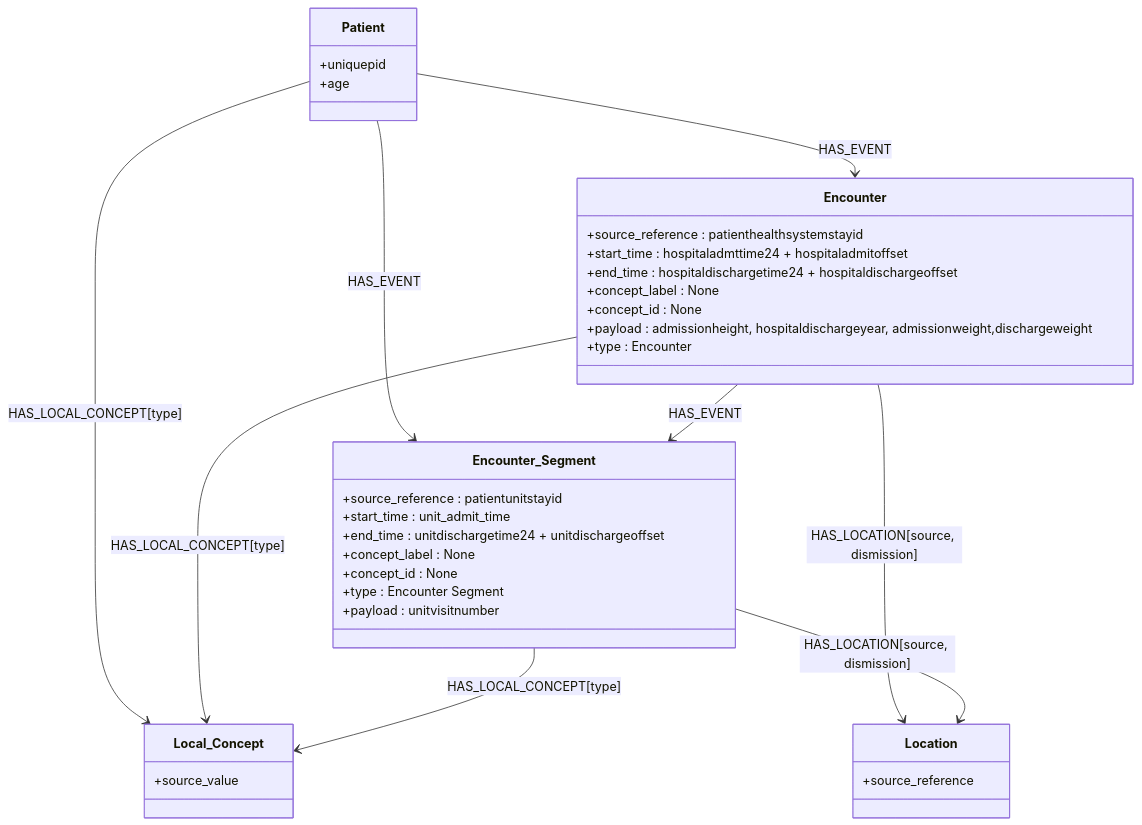
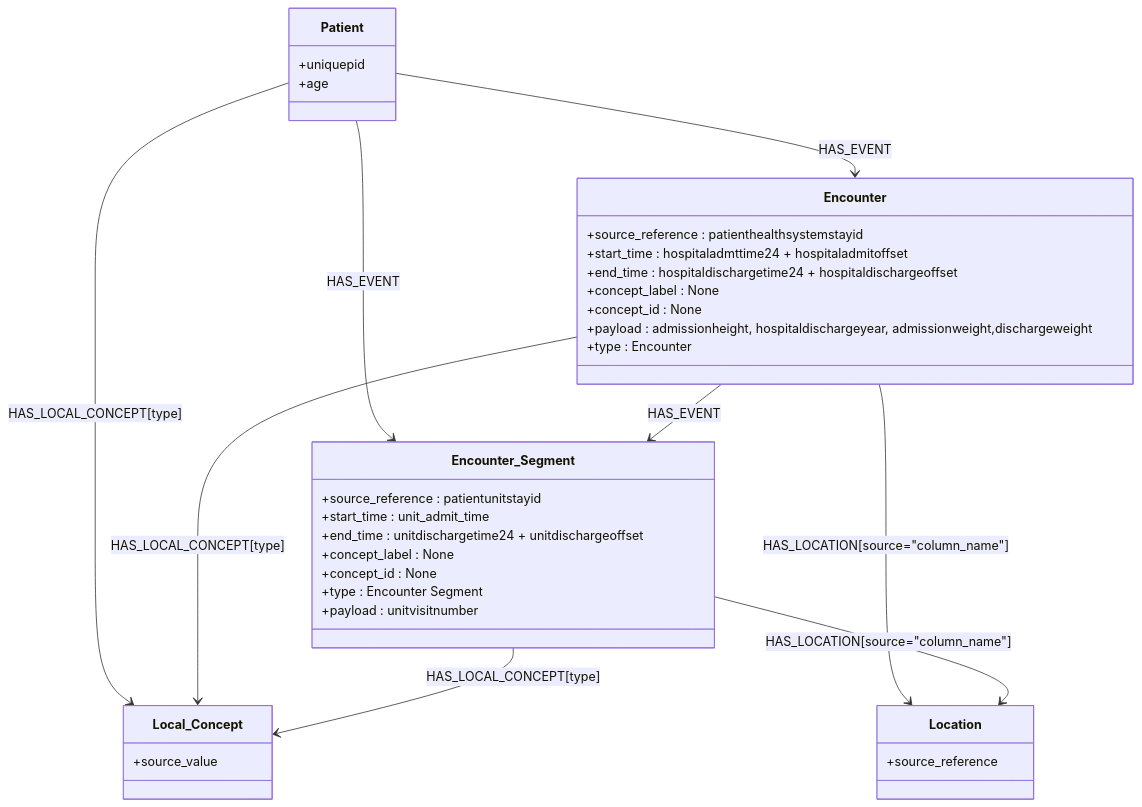
One commit to BecksFedeUniPr/eICU_mapping changed the diagram in README.md. Above: the diagram before and after it, drawn with Mermaid. The commit also changed 3 other files, not shown here.

````diff
--- a/README.md
+++ b/README.md
@@ -26,44 +26,44 @@
 ```mermaid
 classDiagram
 
 class Patient {
     +uniquepid
     +age
 }
 
 class Local_Concept {
     +source_value
 }
 
 class Encounter {
     +source_reference : patienthealthsystemstayid
     +start_time : hospitaladmttime24 + hospitaladmitoffset
     +end_time : hospitaldischargetime24 + hospitaldischargeoffset
     +concept_label : None
     +concept_id : None
     +payload : admissionheight, hospitaldischargeyear, admissionweight,dischargeweight
     +type : Encounter
 }
 
 class Encounter_Segment {
     +source_reference : patientunitstayid
     +start_time : unit_admit_time
     +end_time : unitdischargetime24 + unitdischargeoffset
     +concept_label : None
     +concept_id : None
     +type : Encounter Segment
     +payload : unitvisitnumber
 }
 
 class Location {
     +source_reference
 }
 Patient --> Local_Concept : HAS_LOCAL_CONCEPT[type]
 Patient --> Encounter_Segment : HAS_EVENT
 Encounter --> Local_Concept : HAS_LOCAL_CONCEPT[type]
 Encounter_Segment --> Local_Concept : HAS_LOCAL_CONCEPT[type]
 Patient --> Encounter : HAS_EVENT
 Encounter --> Encounter_Segment : HAS_EVENT
-Encounter --> Location : HAS_LOCATION[source, dismission]
-Encounter_Segment --> Location : HAS_LOCATION[source, dismission]
+Encounter --> Location : HAS_LOCATION[source="column_name"]
+Encounter_Segment --> Location : HAS_LOCATION[source="column_name"]
 ```
````
